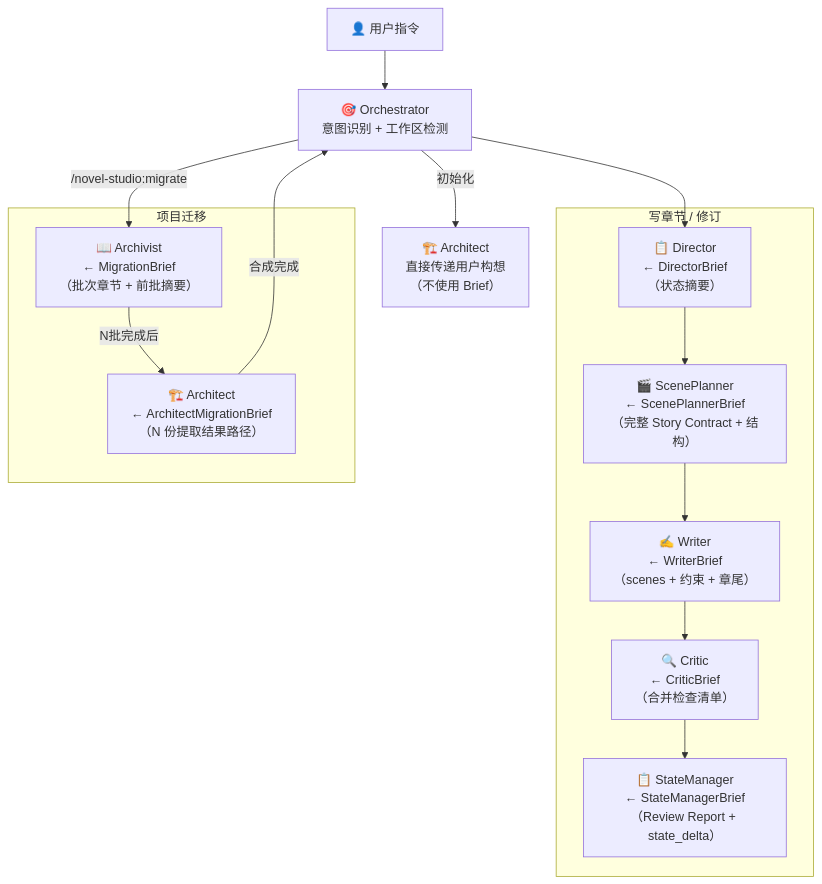
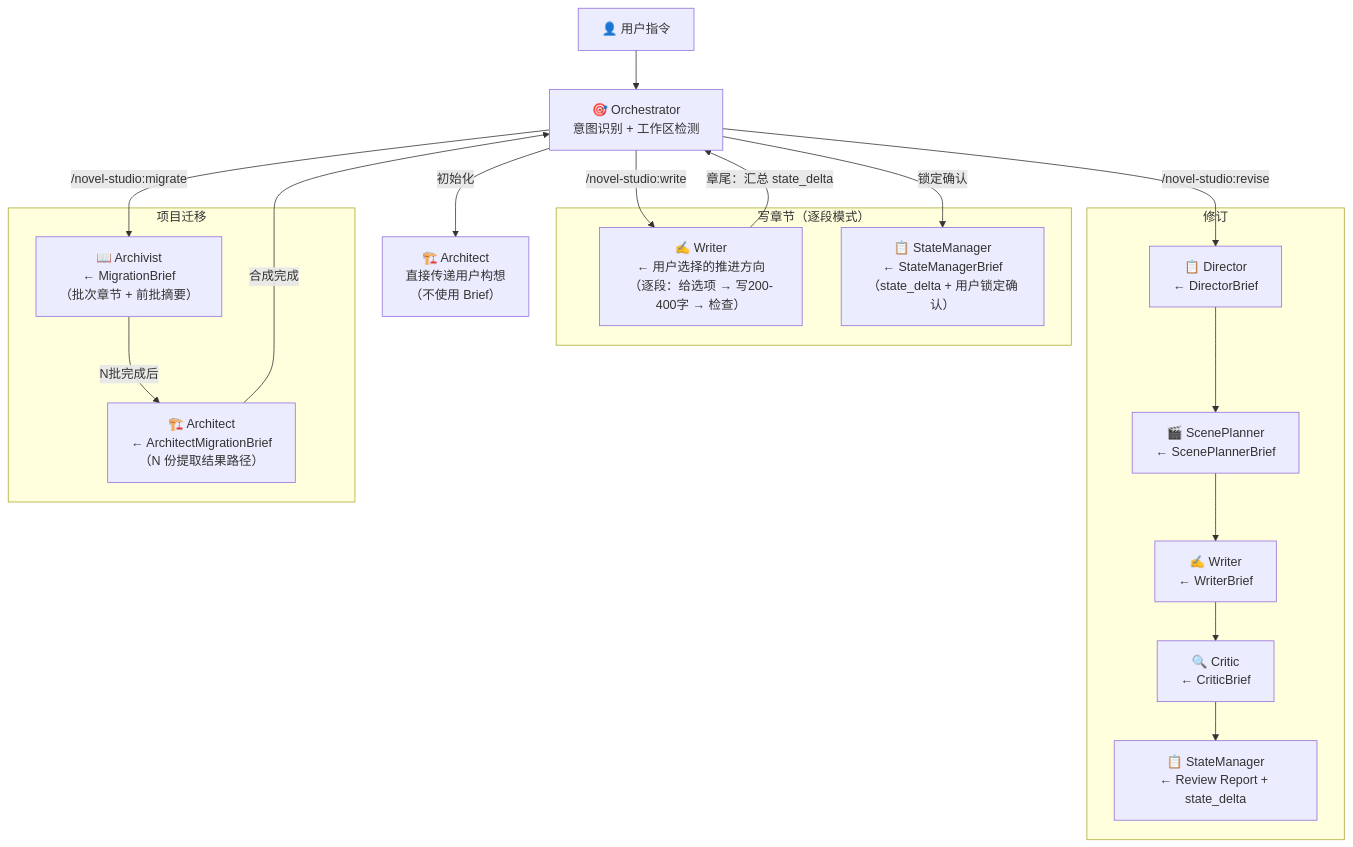
The diagram in runtime/handoff-schema.md (deathwhispers/novel-studio), drawn with Mermaid before and after one commit. The commit also changed other lines of this file and 9 other files, not shown here.

````diff
--- a/runtime/handoff-schema.md
+++ b/runtime/handoff-schema.md
@@ -430,32 +431,41 @@
 ```mermaid
 flowchart TD
     User["👤 用户指令"]
     Orchestrator["🎯 Orchestrator<br/>意图识别 + 工作区检测"]
 
     User --> Orchestrator
 
     Orchestrator -->|"初始化"| Architect["🏗️ Architect<br/>直接传递用户构想<br/>（不使用 Brief）"]
 
-    subgraph WriteFlow["写章节 / 修订"]
-        Director["📋 Director<br/>← DirectorBrief<br/>（状态摘要）"]
-        ScenePlanner["🎬 ScenePlanner<br/>← ScenePlannerBrief<br/>（完整 Story Contract + 结构）"]
-        Writer["✍️ Writer<br/>← WriterBrief<br/>（scenes + 约束 + 章尾）"]
-        Critic["🔍 Critic<br/>← CriticBrief<br/>（合并检查清单）"]
-        StateManager["📋 StateManager<br/>← StateManagerBrief<br/>（Review Report + state_delta）"]
+    subgraph WriteFlow["写章节（逐段模式）"]
+        Writer["✍️ Writer<br/>← 用户选择的推进方向<br/>（逐段：给选项 → 写200-400字 → 检查）"]
+        StateManager["📋 StateManager<br/>← StateManagerBrief<br/>（state_delta + 用户锁定确认）"]
     end
 
-    Orchestrator --> Director
-    Director --> ScenePlanner
-    ScenePlanner --> Writer
-    Writer --> Critic
-    Critic --> StateManager
+    Orchestrator -->|"/novel-studio:write"| Writer
+    Writer -->|"章尾：汇总 state_delta"| Orchestrator
+    Orchestrator -->|"锁定确认"| StateManager
+
+    subgraph ReviseFlow["修订"]
+        DirectorR["📋 Director<br/>← DirectorBrief"]
+        ScenePlannerR["🎬 ScenePlanner<br/>← ScenePlannerBrief"]
+        WriterR["✍️ Writer<br/>← WriterBrief"]
+        CriticR["🔍 Critic<br/>← CriticBrief"]
+        StateManagerR["📋 StateManager<br/>← Review Report + state_delta"]
+    end
+
+    Orchestrator -->|"/novel-studio:revise"| DirectorR
+    DirectorR --> ScenePlannerR
+    ScenePlannerR --> WriterR
+    WriterR --> CriticR
+    CriticR --> StateManagerR
 
     subgraph MigrateFlow["项目迁移"]
         Archivist["📖 Archivist<br/>← MigrationBrief<br/>（批次章节 + 前批摘要）"]
         ArchMigrate["🏗️ Architect<br/>← ArchitectMigrationBrief<br/>（N 份提取结果路径）"]
     end
 
     Orchestrator -->|"/novel-studio:migrate"| Archivist
     Archivist -->|"N批完成后"| ArchMigrate
     ArchMigrate -->|"合成完成"| Orchestrator
 ```
````
